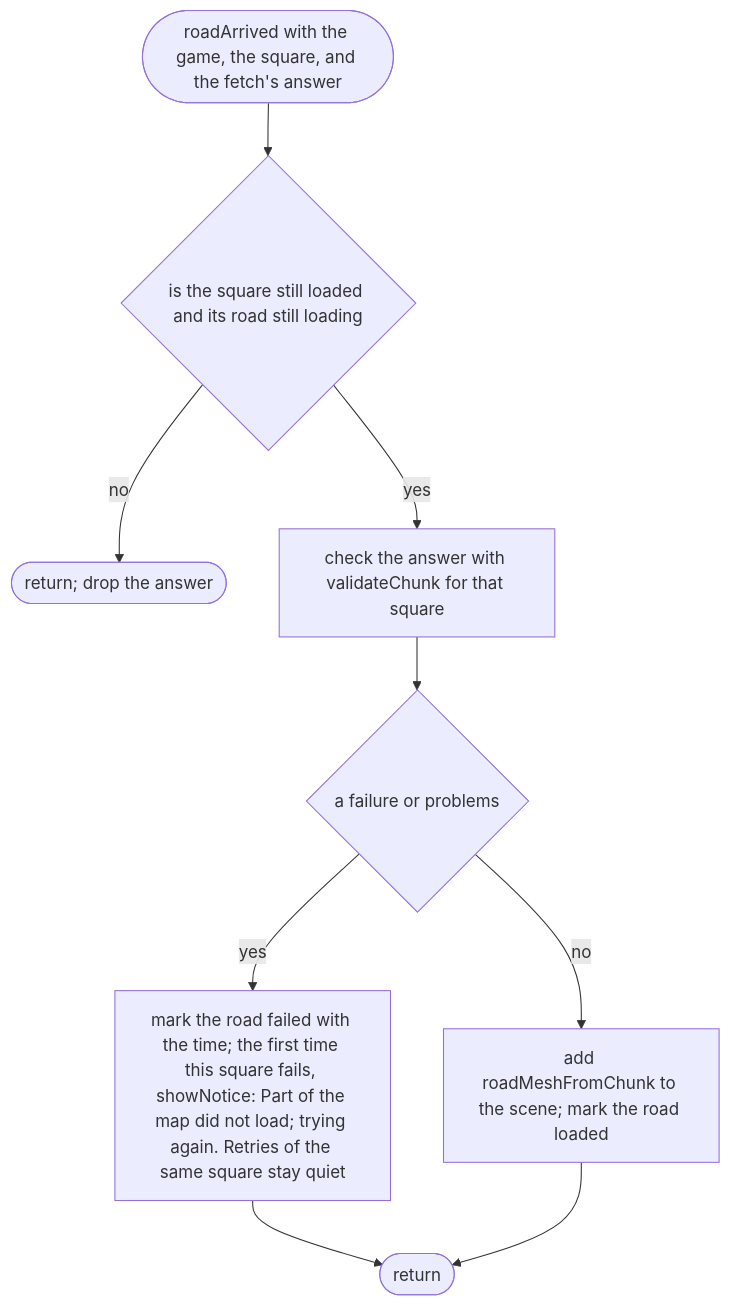
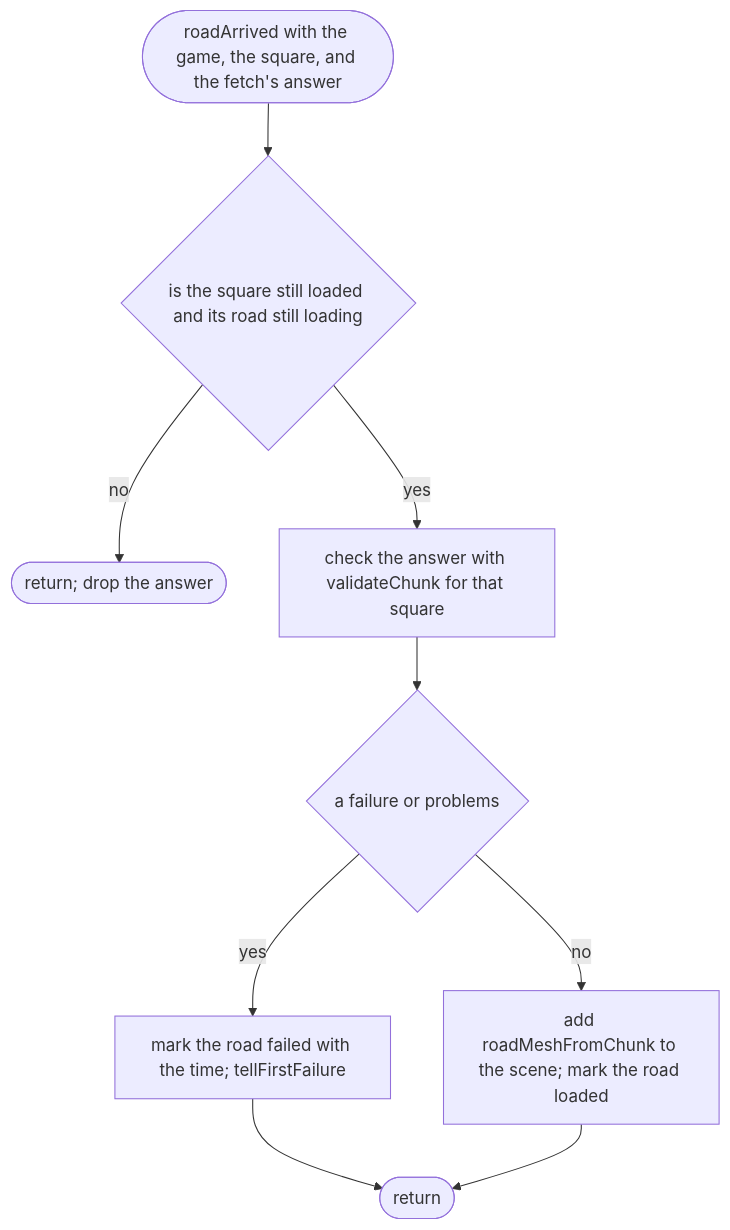
One commit to NewDara-Star/world-engine changed the sixth of 10 diagrams in docs/designs/src/game/streaming.md. Above: the diagram before and after it, drawn with Mermaid. The commit also changed other lines of this file and 306 other files, not shown here.

````diff
--- a/docs/designs/src/game/streaming.md
+++ b/docs/designs/src/game/streaming.md
@@ -55,16 +96,16 @@
 ```mermaid
 flowchart TD
   s(["roadArrived with the game, the square, and the fetch's answer"])
   a{"is the square still loaded and its road still loading"}
   b(["return; drop the answer"])
   c["check the answer with validateChunk for that square"]
   d{"a failure or problems"}
-  e["mark the road failed with the time; the first time this square fails, showNotice: Part of the map did not load; trying again. Retries of the same square stay quiet"]
+  e["mark the road failed with the time; tellFirstFailure"]
   f["add roadMeshFromChunk to the scene; mark the road loaded"]
   g(["return"])
   s --> a
   a -->|"no"| b
   a -->|"yes"| c --> d
   d -->|"yes"| e --> g
   d -->|"no"| f --> g
 ```
````
